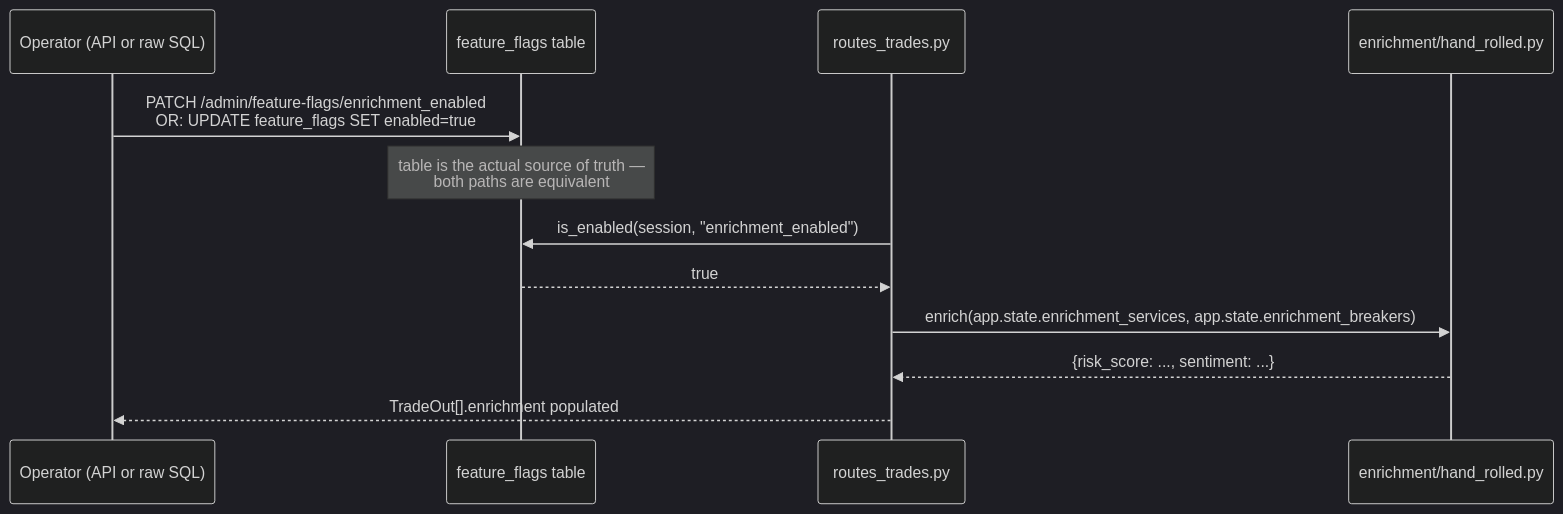
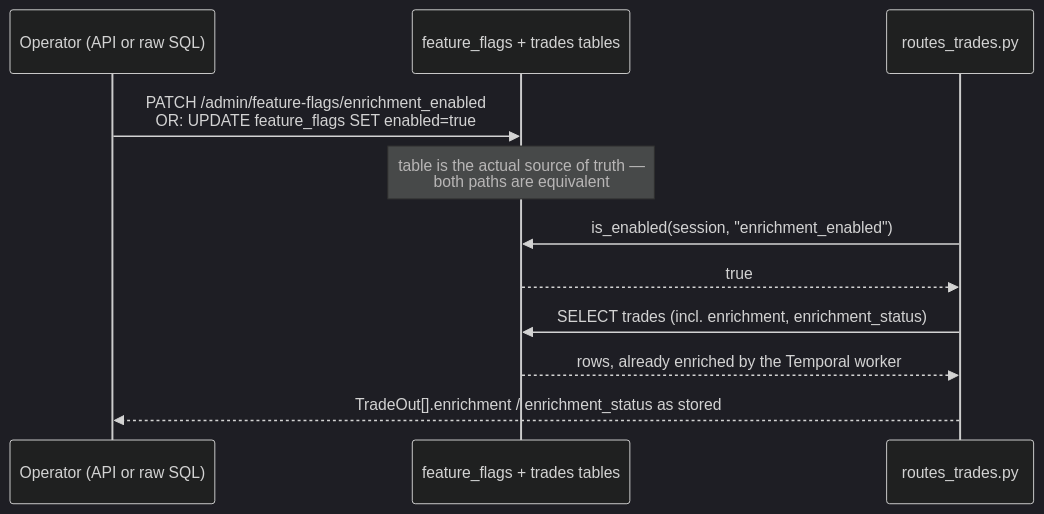
One commit to rajubhimani/trade-pipeline changed the second of 2 diagrams in docs/walkthrough/04-api-and-auth.md. Above: the diagram before and after it, drawn with Mermaid (dark theme). The commit also changed other lines of this file and 35 other files, not shown here.

First line of the commit message:
feat(enrichment): durable per-trade Temporal enrichment via transactional outbox

````diff
--- a/docs/walkthrough/04-api-and-auth.md
+++ b/docs/walkthrough/04-api-and-auth.md
@@ -113,16 +113,15 @@
 ```mermaid
 sequenceDiagram
     participant Op as Operator (API or raw SQL)
-    participant DB as feature_flags table
+    participant DB as feature_flags + trades tables
     participant Trades as routes_trades.py
-    participant Enrich as enrichment/hand_rolled.py
 
     Op->>DB: PATCH /admin/feature-flags/enrichment_enabled<br/>OR: UPDATE feature_flags SET enabled=true
     Note over DB: table is the actual source of truth —<br/>both paths are equivalent
 
     Trades->>DB: is_enabled(session, "enrichment_enabled")
     DB-->>Trades: true
-    Trades->>Enrich: enrich(app.state.enrichment_services, app.state.enrichment_breakers)
-    Enrich-->>Trades: {risk_score: ..., sentiment: ...}
-    Trades-->>Op: TradeOut[].enrichment populated
+    Trades->>DB: SELECT trades (incl. enrichment, enrichment_status)
+    DB-->>Trades: rows, already enriched by the Temporal worker
+    Trades-->>Op: TradeOut[].enrichment / enrichment_status as stored
 ```
````
